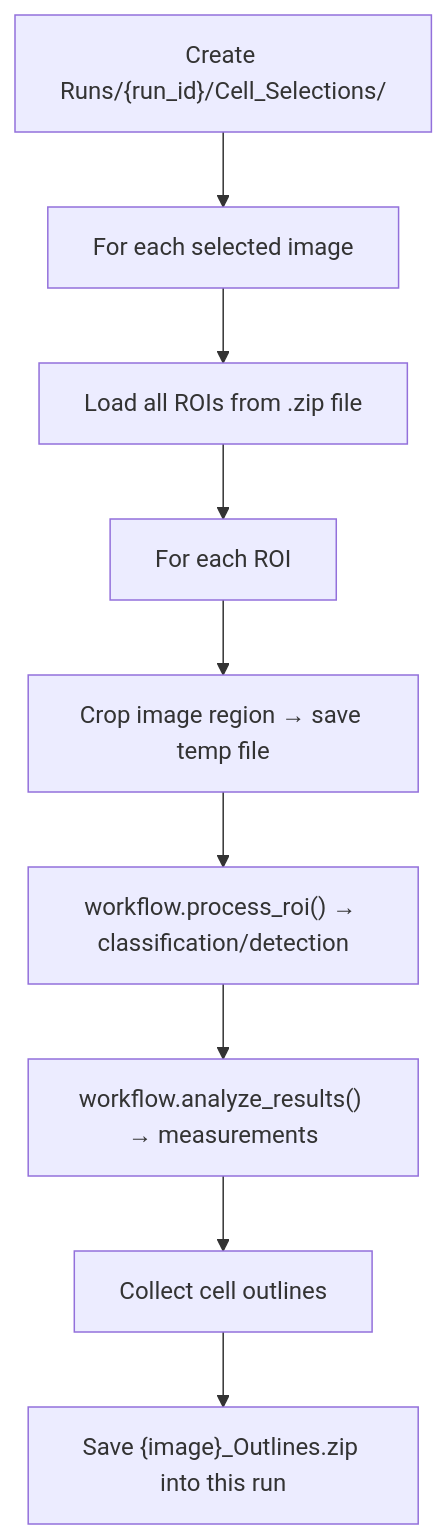
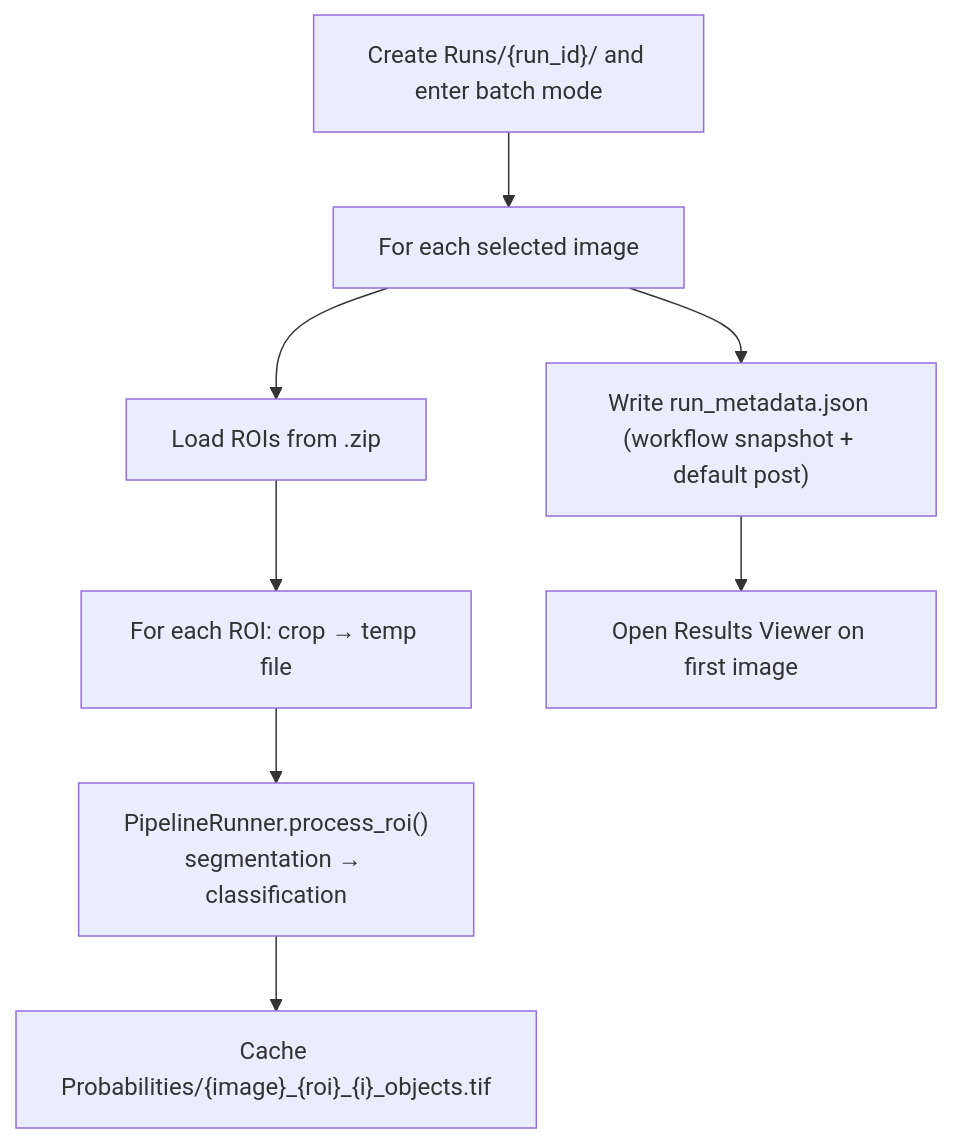
Before and after one commit to mrallred/Cell-Quantification-Toolkit: the second of 2 diagrams in docs/quantification_overview.md, drawn with Mermaid. The commit also changed other lines of this file and 4 other files, not shown here.

````diff
--- a/docs/quantification_overview.md
+++ b/docs/quantification_overview.md
@@ -75,11 +38,10 @@
 ```mermaid
 flowchart TD
-    R["Create Runs/{run_id}/Cell_Selections/"] --> A
-    A[For each selected image] --> B[Load all ROIs from .zip file]
-    B --> C[For each ROI]
-    C --> D["Crop image region → save temp file"]
-    D --> E["workflow.process_roi() → classification/detection"]
-    E --> F["workflow.analyze_results() → measurements"]
-    F --> G[Collect cell outlines]
-    G --> H["Save {image}_Outlines.zip into this run"]
+    R["Create Runs/{run_id}/ and enter batch mode"] --> A[For each selected image]
+    A --> B[Load ROIs from .zip]
+    B --> C[For each ROI: crop → temp file]
+    C --> D["PipelineRunner.process_roi()<br/>segmentation → classification"]
+    D --> E["Cache Probabilities/{image}_{roi}_{i}_objects.tif"]
+    A --> F["Write run_metadata.json (workflow snapshot + default post)"]
+    F --> G[Open Results Viewer on first image]
 ```
````
